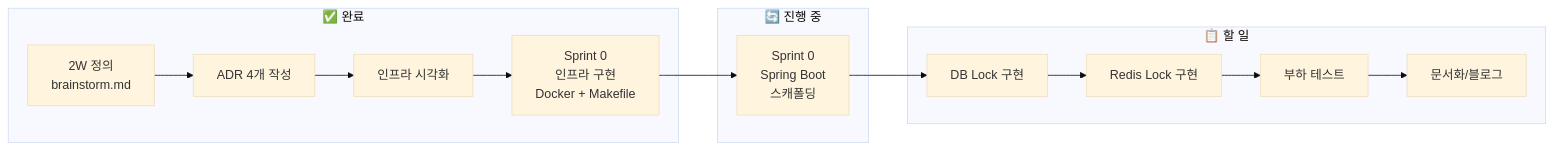
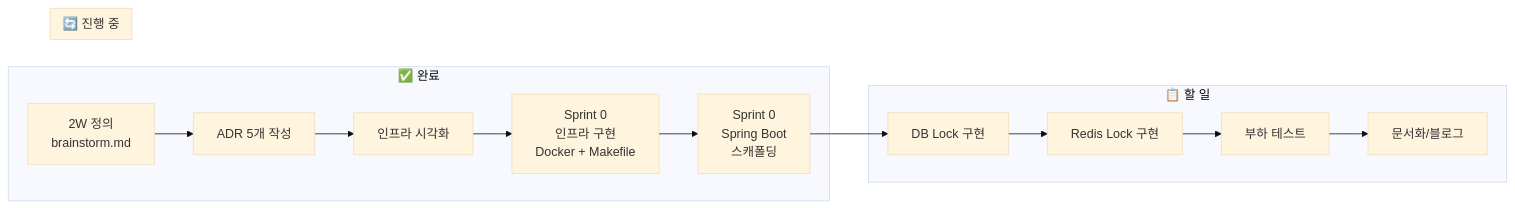
One commit to JuJin1324/concurrency-control-poc changed the second of 2 diagrams in how-diagram.md. Above: the diagram before and after it, drawn with Mermaid (base theme). The commit also changed other lines of this file, not shown here.

Commit message:
docs: update sprint flow and timeline in how-diagram.md

````diff
--- a/how-diagram.md
+++ b/how-diagram.md
@@ -59,29 +62,30 @@
 ```mermaid
 flowchart LR
     subgraph Done["✅ 완료"]
         D1[2W 정의<br/>brainstorm.md]
-        D2[ADR 4개 작성]
+        D2[ADR 5개 작성]
         D3[인프라 시각화]
         D4[Sprint 0<br/>인프라 구현<br/>Docker + Makefile]
+        D5[Sprint 0<br/>Spring Boot<br/>스캐폴딩]
     end
 
     subgraph InProgress["🔄 진행 중"]
-        IP1[Sprint 0<br/>Spring Boot<br/>스캐폴딩]
+        
     end
 
     subgraph Todo["📋 할 일"]
         T2[DB Lock 구현]
         T3[Redis Lock 구현]
         T4[부하 테스트]
         T5[문서화/블로그]
     end
 
     D1 --> D2
     D2 --> D3
     D3 --> D4
-    D4 --> IP1
-    IP1 --> T2
+    D4 --> D5
+    D5 --> T2
     T2 --> T3
     T3 --> T4
     T4 --> T5
 ```
````
